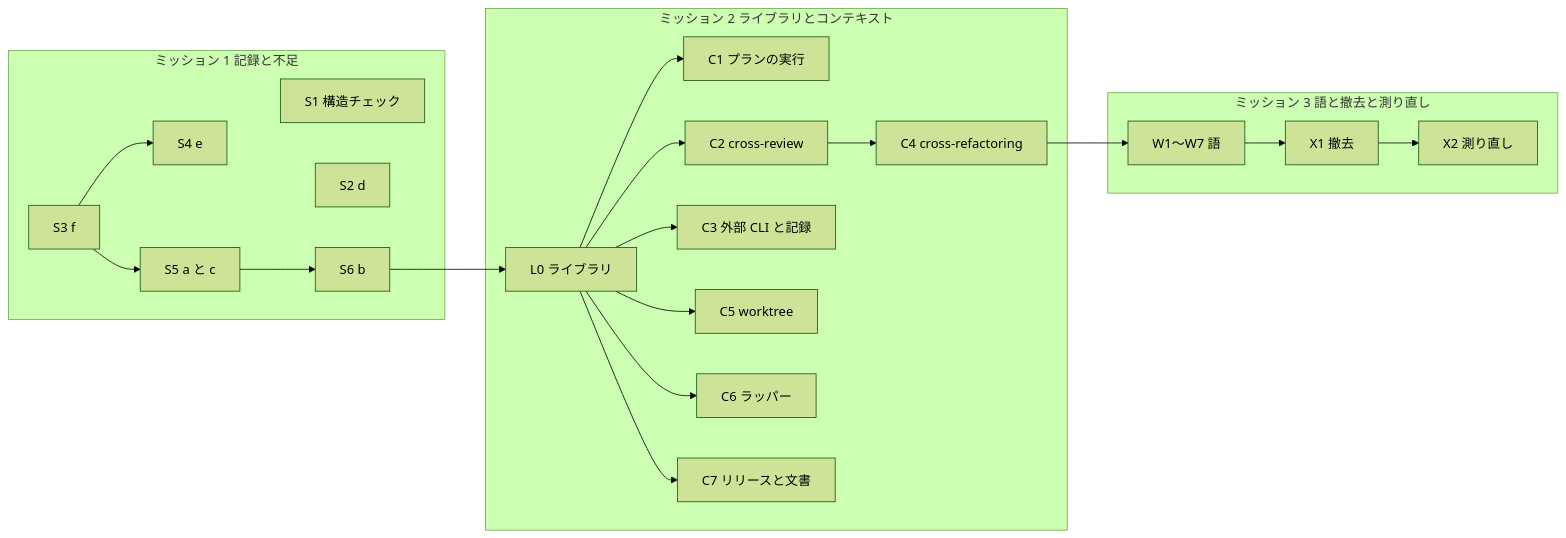
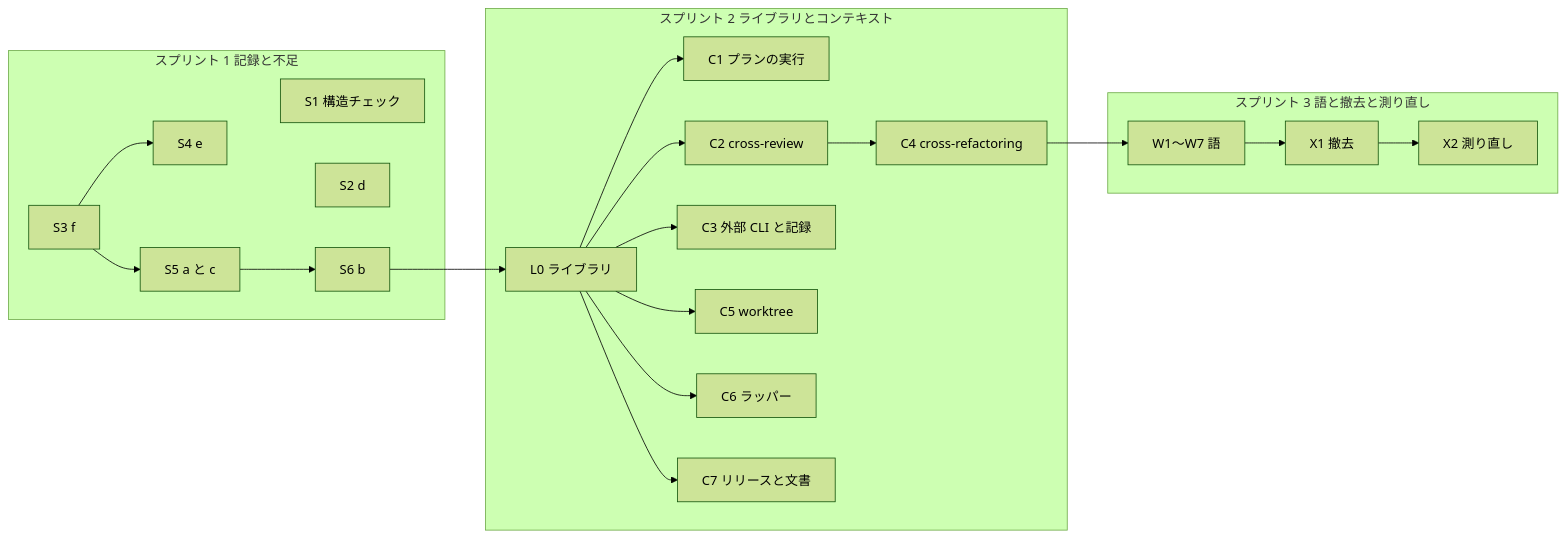
One commit to devbasex/ai-plugins changed the diagram in issues/issue-1142-design-migration.md. Above: the diagram before and after it, drawn with Mermaid (forest theme). The commit also changed other lines of this file and 6 other files, not shown here.

````diff
--- a/issues/issue-1142-design-migration.md
+++ b/issues/issue-1142-design-migration.md
@@ -143,25 +190,25 @@
 ```mermaid
 graph LR
-    subgraph ミッション 1 記録と不足
+    subgraph スプリント 1 記録と不足
         S1[S1 構造チェック]
         S2[S2 d]
         S3[S3 f] --> S4[S4 e]
         S3 --> S5[S5 a と c]
         S5 --> S6[S6 b]
     end
-    subgraph ミッション 2 ライブラリとコンテキスト
+    subgraph スプリント 2 ライブラリとコンテキスト
         L0[L0 ライブラリ] --> C1[C1 プランの実行]
         L0 --> C2[C2 cross-review]
         L0 --> C3[C3 外部 CLI と記録]
         L0 --> C5[C5 worktree]
         L0 --> C6[C6 ラッパー]
         L0 --> C7[C7 リリースと文書]
         C2 --> C4[C4 cross-refactoring]
     end
-    subgraph ミッション 3 語と撤去と測り直し
+    subgraph スプリント 3 語と撤去と測り直し
         W[W1〜W7 語] --> X1[X1 撤去]
         X1 --> X2[X2 測り直し]
     end
     S6 --> L0
     C4 --> W
 ```
````
